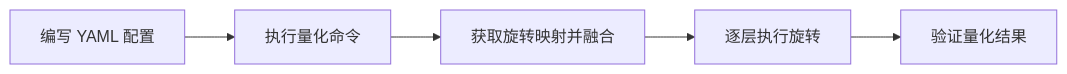
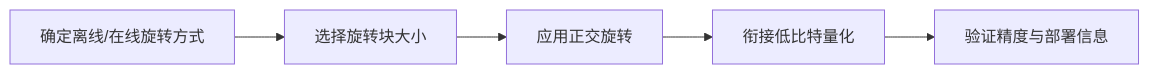
Before and after one commit to mindstudio-docs/master: the diagram in msmodelslim/docs/zh/knowledge_base/quantization_algorithms/quarot/usage_quarot.md, drawn with Mermaid. The commit also changed other lines of this file and 73 other files, not shown here.

````diff
--- a/msmodelslim/docs/zh/knowledge_base/quantization_algorithms/quarot/usage_quarot.md
+++ b/msmodelslim/docs/zh/knowledge_base/quantization_algorithms/quarot/usage_quarot.md
@@ -42,7 +24,7 @@
 ```mermaid
 flowchart LR
-    A[编写 YAML 配置] --> B[执行量化命令]
-    B --> C[获取旋转映射并融合]
-    C --> D[逐层执行旋转]
-    D --> E[验证量化结果]
+    A[确定离线/在线旋转方式] --> B[选择旋转块大小]
+    B[选择旋转块大小] --> C[应用正交旋转]
+    C[应用正交旋转] --> D[衔接低比特量化]
+    D[衔接低比特量化] --> E[验证精度与部署信息]
 ```
````
